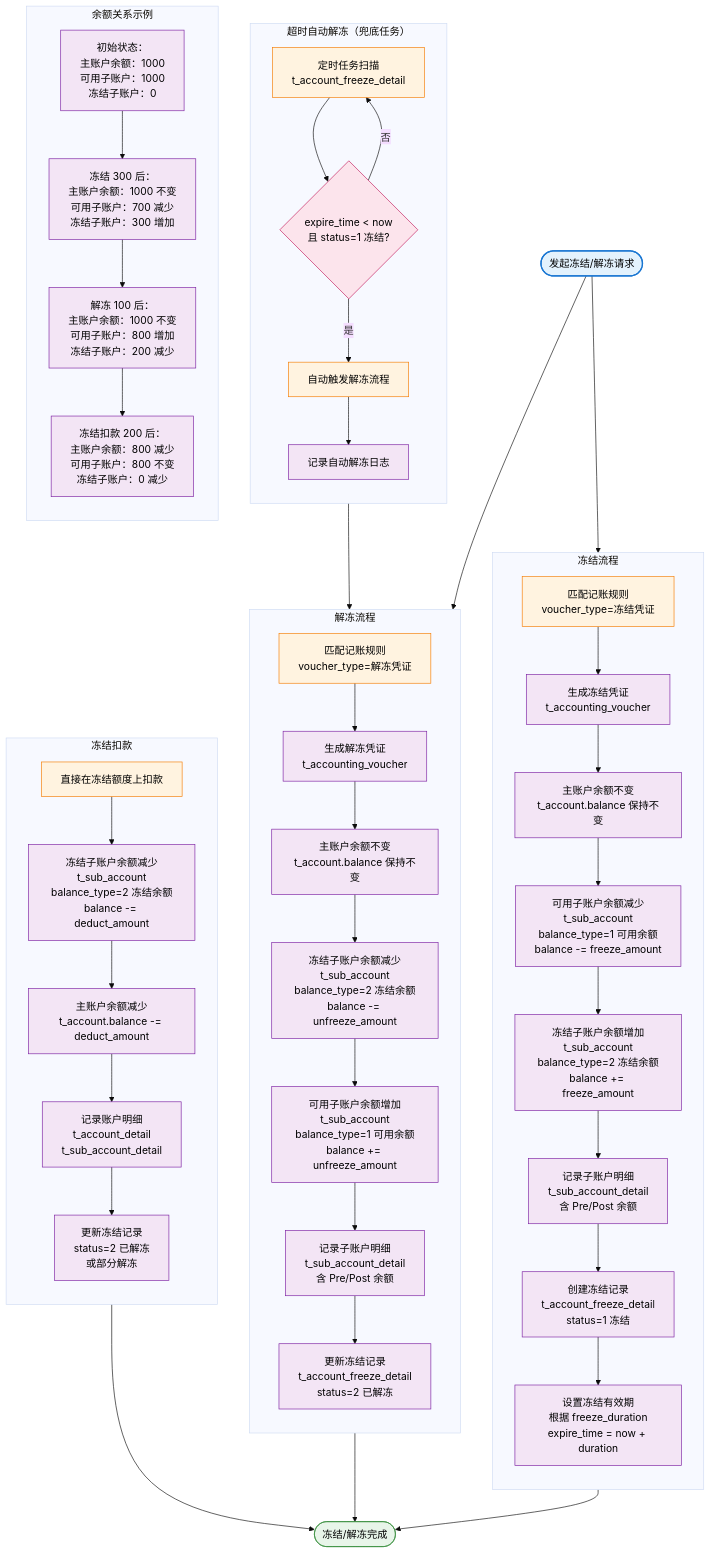
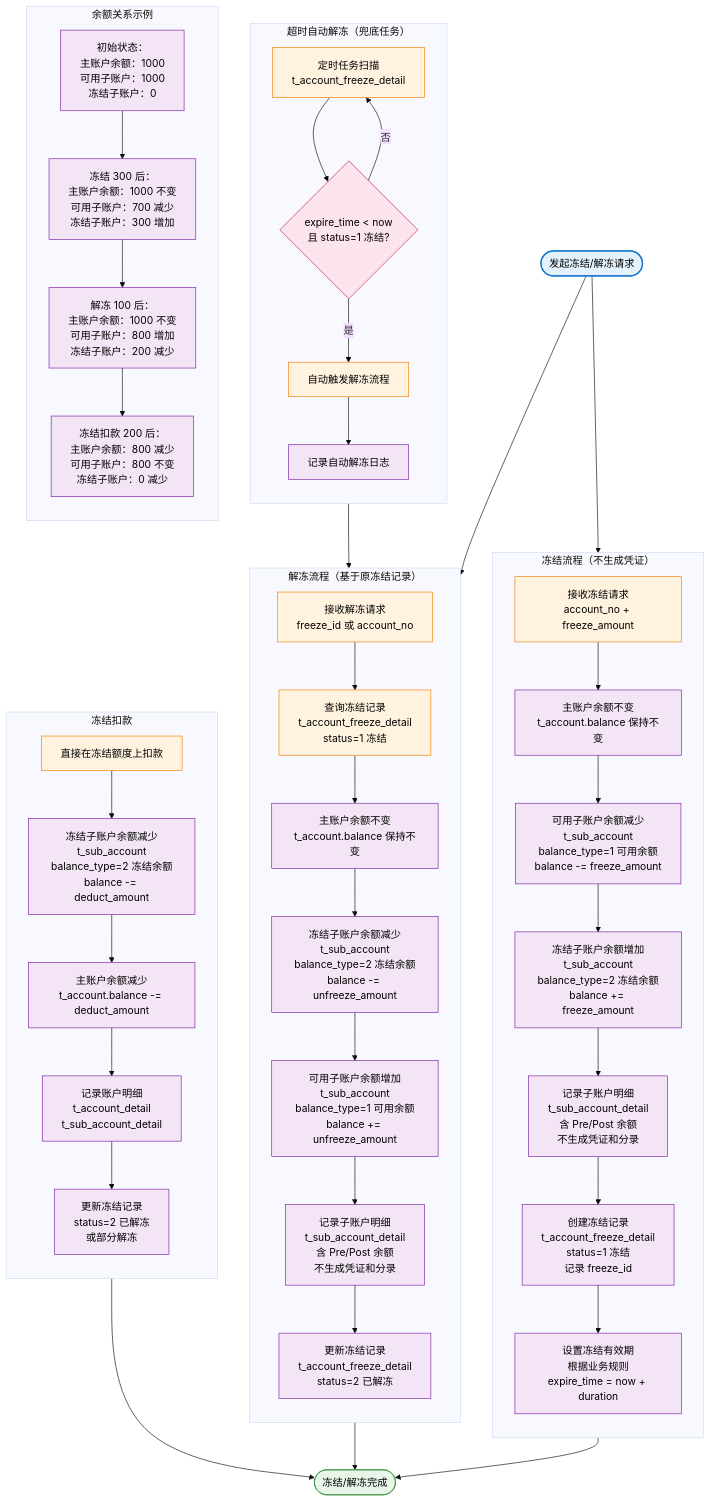
One commit to KayCheung/accounting changed the diagram in docs/fixed/design/flowchat/freeze_unfreeze_flow.mmd. Above: the diagram before and after it, drawn with Mermaid (base theme). The commit also changed 9 other files, not shown here.

Commit message:
feat: 流程图修复

```diff
--- a/docs/fixed/design/flowchat/freeze_unfreeze_flow.mmd
+++ b/docs/fixed/design/flowchat/freeze_unfreeze_flow.mmd
@@ -1,103 +1,101 @@
 %% 冻结/解冻流程图
 
 flowchart TB
     classDef start fill:#e3f2fd,stroke:#1976d2,stroke-width:2px,color:black
     classDef process fill:#fff3e0,stroke:#f57c00,stroke-width:1px,color:black
     classDef decision fill:#fce4ec,stroke:#c2185b,stroke-width:1px,color:black
     classDef data fill:#f3e5f5,stroke:#7b1fa2,stroke-width:1px,color:black
     classDef success fill:#e8f5e9,stroke:#388e3c,stroke-width:1px,color:black
     classDef error fill:#ffebee,stroke:#d32f2f,stroke-width:1px,color:black
 
     START([发起冻结/解冻请求]):::start
 
     %% ========== 冻结流程 ==========
-    subgraph FREEZE["冻结流程"]
+    subgraph FREEZE["冻结流程（不生成凭证）"]
         direction TB
-        F1[匹配记账规则<br/>voucher_type=冻结凭证]:::process
-        F2[生成冻结凭证<br/>t_accounting_voucher]:::data
-        F3[主账户余额不变<br/>t_account.balance 保持不变]:::data
-        F4[可用子账户余额减少<br/>t_sub_account<br/>balance_type=1 可用余额<br/>balance -= freeze_amount]:::data
-        F5[冻结子账户余额增加<br/>t_sub_account<br/>balance_type=2 冻结余额<br/>balance += freeze_amount]:::data
-        F6[记录子账户明细<br/>t_sub_account_detail<br/>含 Pre/Post 余额]:::data
-        F7[创建冻结记录<br/>t_account_freeze_detail<br/>status=1 冻结]:::data
-        F8[设置冻结有效期<br/>根据 freeze_duration<br/>expire_time = now + duration]:::data
+        F1[接收冻结请求<br/>account_no + freeze_amount]:::process
+        F2[主账户余额不变<br/>t_account.balance 保持不变]:::data
+        F3[可用子账户余额减少<br/>t_sub_account<br/>balance_type=1 可用余额<br/>balance -= freeze_amount]:::data
+        F4[冻结子账户余额增加<br/>t_sub_account<br/>balance_type=2 冻结余额<br/>balance += freeze_amount]:::data
+        F5[记录子账户明细<br/>t_sub_account_detail<br/>含 Pre/Post 余额<br/>不生成凭证和分录]:::data
+        F6[创建冻结记录<br/>t_account_freeze_detail<br/>status=1 冻结<br/>记录 freeze_id]:::data
+        F7[设置冻结有效期<br/>根据业务规则<br/>expire_time = now + duration]:::data
     end
 
     %% ========== 解冻流程 ==========
-    subgraph UNFREEZE["解冻流程"]
+    subgraph UNFREEZE["解冻流程（基于原冻结记录）"]
         direction TB
-        U1[匹配记账规则<br/>voucher_type=解冻凭证]:::process
-        U2[生成解冻凭证<br/>t_accounting_voucher]:::data
+        U1[接收解冻请求<br/>freeze_id 或 account_no]:::process
+        U2[查询冻结记录<br/>t_account_freeze_detail<br/>status=1 冻结]:::process
         U3[主账户余额不变<br/>t_account.balance 保持不变]:::data
         U4[冻结子账户余额减少<br/>t_sub_account<br/>balance_type=2 冻结余额<br/>balance -= unfreeze_amount]:::data
         U5[可用子账户余额增加<br/>t_sub_account<br/>balance_type=1 可用余额<br/>balance += unfreeze_amount]:::data
-        U6[记录子账户明细<br/>t_sub_account_detail<br/>含 Pre/Post 余额]:::data
+        U6[记录子账户明细<br/>t_sub_account_detail<br/>含 Pre/Post 余额<br/>不生成凭证和分录]:::data
         U7[更新冻结记录<br/>t_account_freeze_detail<br/>status=2 已解冻]:::data
     end
 
     %% ========== 超时自动解冻 ==========
     subgraph AUTO_UNFREEZE["超时自动解冻（兜底任务）"]
         direction TB
         A1[定时任务扫描<br/>t_account_freeze_detail]:::process
         A2{expire_time < now<br/>且 status=1 冻结?}:::decision
         A3[自动触发解冻流程]:::process
         A4[记录自动解冻日志]:::data
     end
 
     %% ========== 冻结扣款 ==========
     subgraph FREEZE_DEDUCT["冻结扣款"]
         direction TB
         D1[直接在冻结额度上扣款]:::process
         D2[冻结子账户余额减少<br/>t_sub_account<br/>balance_type=2 冻结余额<br/>balance -= deduct_amount]:::data
         D3[主账户余额减少<br/>t_account.balance -= deduct_amount]:::data
         D4[记录账户明细<br/>t_account_detail<br/>t_sub_account_detail]:::data
         D5[更新冻结记录<br/>status=2 已解冻<br/>或部分解冻]:::data
     end
 
     %% ========== 余额关系示例 ==========
     subgraph EXAMPLE["余额关系示例"]
         direction TB
         E1[初始状态：<br/>主账户余额：1000<br/>可用子账户：1000<br/>冻结子账户：0]:::data
         E2[冻结 300 后：<br/>主账户余额：1000 不变<br/>可用子账户：700 减少<br/>冻结子账户：300 增加]:::data
         E3[解冻 100 后：<br/>主账户余额：1000 不变<br/>可用子账户：800 增加<br/>冻结子账户：200 减少]:::data
         E4[冻结扣款 200 后：<br/>主账户余额：800 减少<br/>可用子账户：800 不变<br/>冻结子账户：0 减少]:::data
     end
 
     END([冻结/解冻完成]):::success
 
     %% 流程连线
     START --> F1
     START --> U1
 
     F1 --> F2
     F2 --> F3
     F3 --> F4
     F4 --> F5
     F5 --> F6
     F6 --> F7
-    F7 --> F8
-    F8 --> END
+    F7 --> END
 
     U1 --> U2
     U2 --> U3
     U3 --> U4
     U4 --> U5
     U5 --> U6
     U6 --> U7
     U7 --> END
 
     A1 --> A2
     A2 -->|是| A3
     A2 -->|否| A1
     A3 --> A4
     A4 --> U1
 
     D1 --> D2
     D2 --> D3
     D3 --> D4
     D4 --> D5
     D5 --> END
 
     E1 --> E2
     E2 --> E3
     E3 --> E4
```
